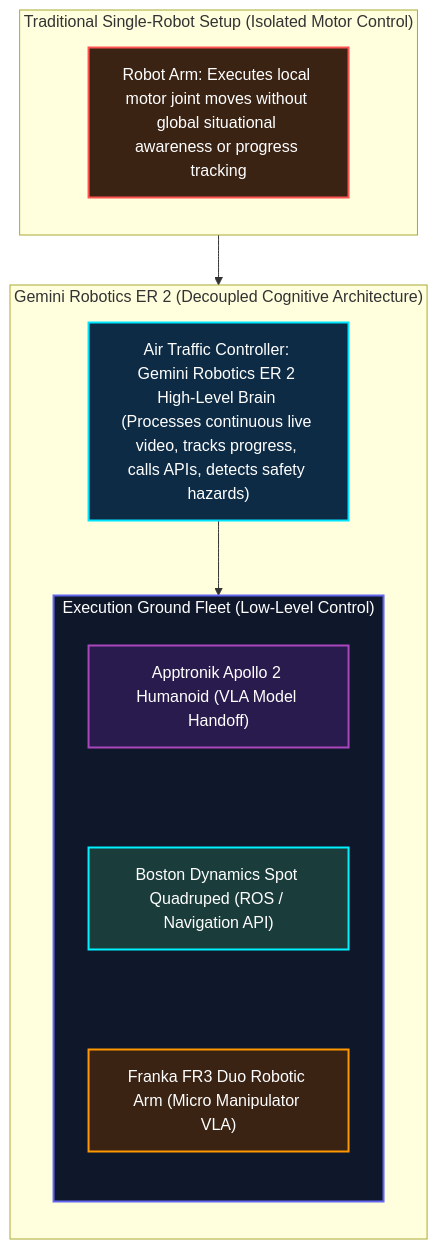
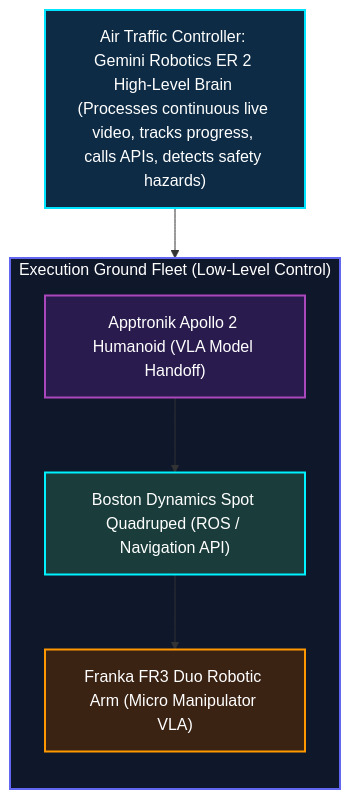
Before and after one commit to narenandu/narenvadapalli_dot_com: the second of 6 diagrams in contents/blog/0070-google-deepmind-gemini-robotics-er-2/index.md, drawn with Mermaid. The commit also changed other lines of this file and 22 other files, not shown here.

Commit message:
fix(blog): resolve side-by-side Mermaid diagrams, KaTeX math formatting, and alert tags across all blogs

````diff
--- a/contents/blog/0070-google-deepmind-gemini-robotics-er-2/index.md
+++ b/contents/blog/0070-google-deepmind-gemini-robotics-er-2/index.md
@@ -48,31 +59,20 @@
 ```mermaid
 flowchart TD
-    subgraph TraditionalRobotics["Traditional Single-Robot Setup (Isolated Motor Control)"]
+    ATC["Air Traffic Controller: Gemini Robotics ER 2 High-Level Brain (Processes continuous live video, tracks progress, calls APIs, detects safety hazards)"]
+    
+    subgraph Fleet["Execution Ground Fleet (Low-Level Control)"]
         direction TB
-        R1["Robot Arm: Executes local motor joint moves without global situational awareness or progress tracking"]
+        VLA1["Apptronik Apollo 2 Humanoid (VLA Model Handoff)"]
+        VLA2["Boston Dynamics Spot Quadruped (ROS / Navigation API)"]
+        VLA3["Franka FR3 Duo Robotic Arm (Micro Manipulator VLA)"]
+        VLA1 --> VLA2 --> VLA3
     end
 
-    subgraph GeminiER2Architecture["Gemini Robotics ER 2 (Decoupled Cognitive Architecture)"]
-        direction TB
-        ATC["Air Traffic Controller: Gemini Robotics ER 2 High-Level Brain (Processes continuous live video, tracks progress, calls APIs, detects safety hazards)"]
-        
-        subgraph Fleet["Execution Ground Fleet (Low-Level Control)"]
-            direction TB
-            VLA1["Apptronik Apollo 2 Humanoid (VLA Model Handoff)"]
-            VLA2["Boston Dynamics Spot Quadruped (ROS / Navigation API)"]
-            VLA3["Franka FR3 Duo Robotic Arm (Micro Manipulator VLA)"]
-            VLA1 ~~~ VLA2 ~~~ VLA3
-        end
+    ATC --> Fleet
 
-        ATC --> Fleet
-    end
-
-    TraditionalRobotics --> GeminiER2Architecture
-
-    style R1 fill:#3b2314,stroke:#ff5353,stroke-width:2px,color:#ffffff;
     style ATC fill:#0d2b45,stroke:#00e5ff,stroke-width:2px,color:#ffffff;
     style Fleet fill:#0f172a,stroke:#6366f1,stroke-width:2px,color:#ffffff;
     style VLA1 fill:#2a1b4e,stroke:#ab47bc,stroke-width:2px,color:#ffffff;
     style VLA2 fill:#1a3d3c,stroke:#00f2fe,stroke-width:2px,color:#ffffff;
     style VLA3 fill:#3b2314,stroke:#ff9800,stroke-width:2px,color:#ffffff;
 ```
````
